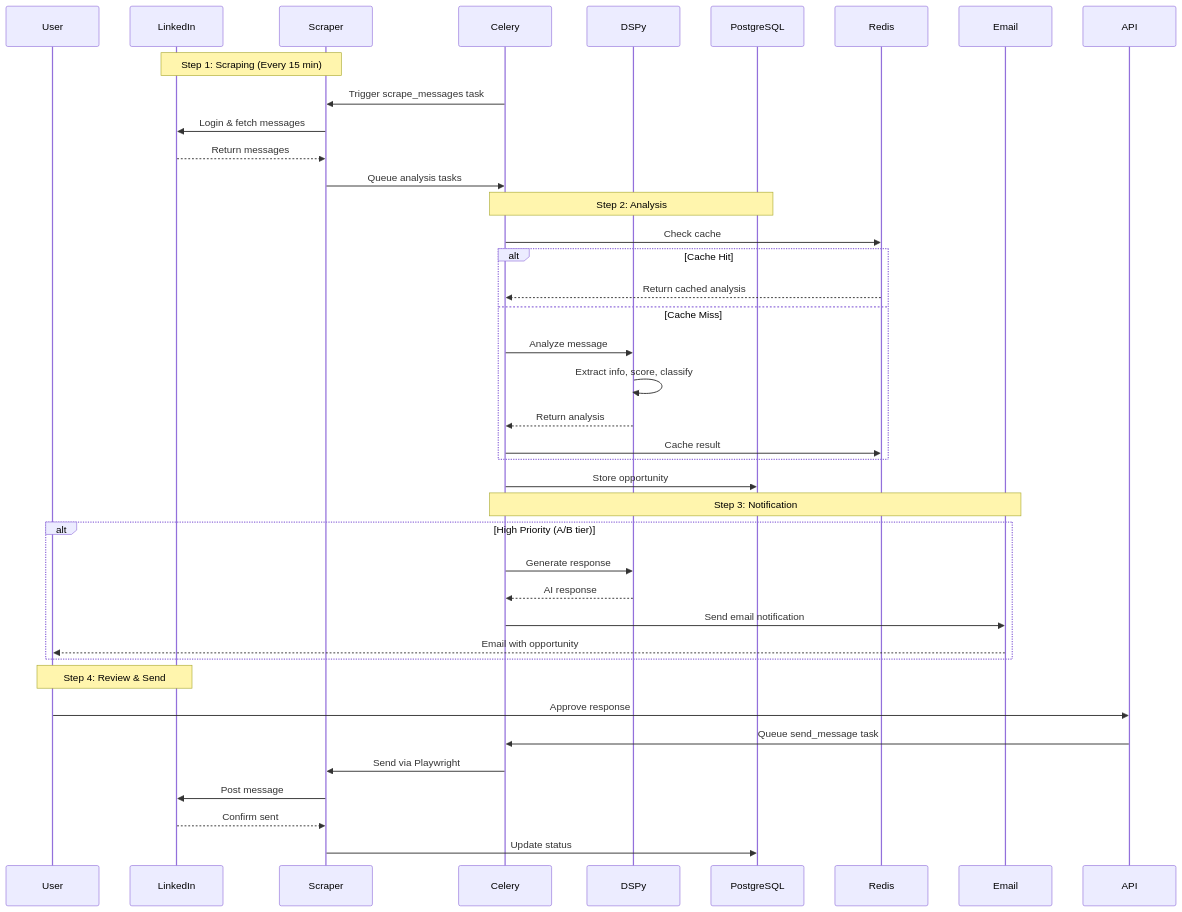
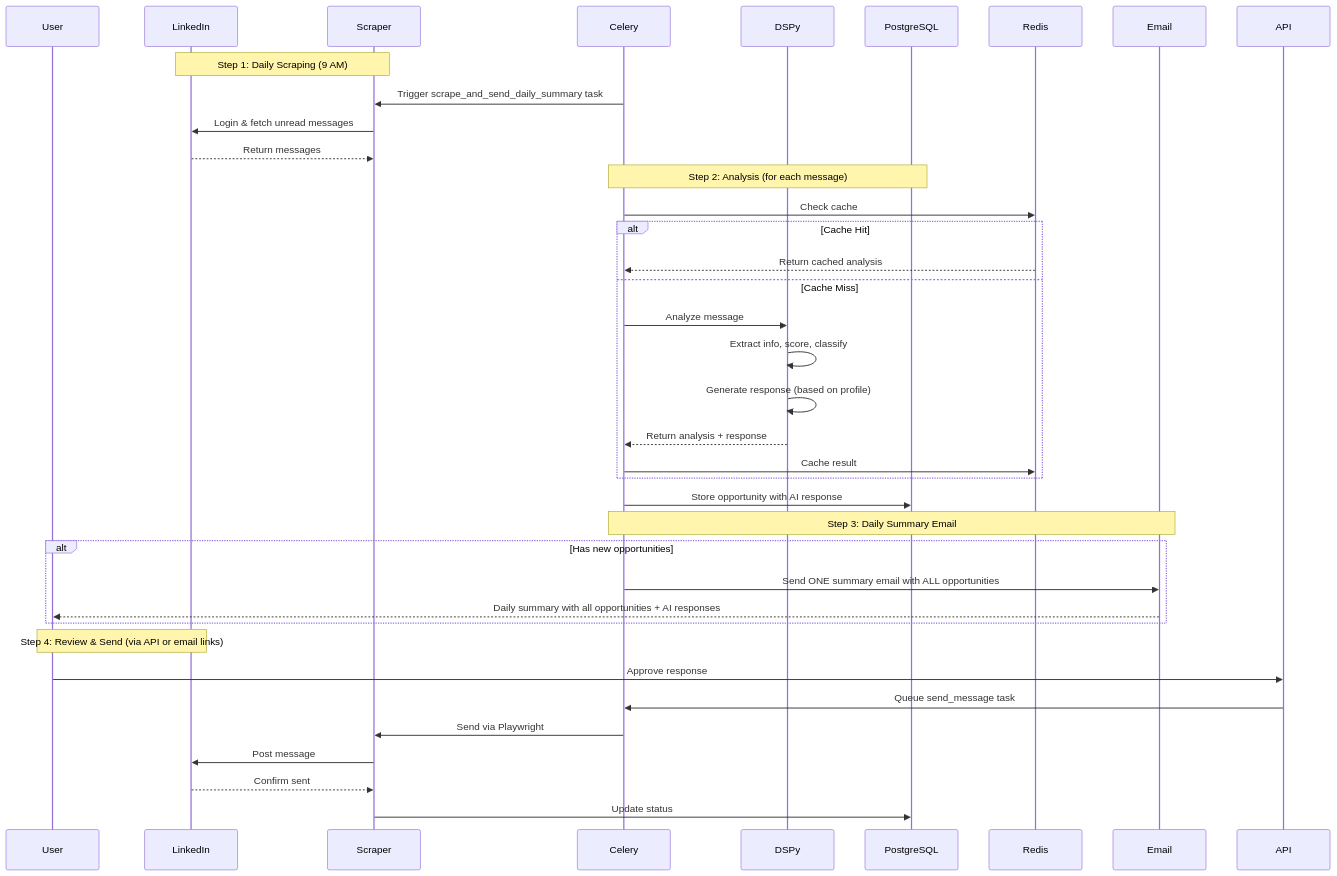
One commit to sebadp/nexton changed the second of 10 diagrams in docs/ARCHITECTURE_DIAGRAM.md. Above: the diagram before and after it, drawn with Mermaid. The commit also changed 13 other files, not shown here.

````diff
--- a/docs/ARCHITECTURE_DIAGRAM.md
+++ b/docs/ARCHITECTURE_DIAGRAM.md
@@ -93,45 +93,43 @@
 ```mermaid
 sequenceDiagram
     participant U as User
     participant L as LinkedIn
     participant S as Scraper
     participant C as Celery
     participant D as DSPy
     participant DB as PostgreSQL
     participant R as Redis
     participant E as Email
 
-    Note over L,S: Step 1: Scraping (Every 15 min)
-    C->>S: Trigger scrape_messages task
-    S->>L: Login & fetch messages
+    Note over L,S: Step 1: Daily Scraping (9 AM)
+    C->>S: Trigger scrape_and_send_daily_summary task
+    S->>L: Login & fetch unread messages
     L-->>S: Return messages
-    S->>C: Queue analysis tasks
 
-    Note over C,DB: Step 2: Analysis
+    Note over C,DB: Step 2: Analysis (for each message)
     C->>R: Check cache
     alt Cache Hit
         R-->>C: Return cached analysis
     else Cache Miss
         C->>D: Analyze message
         D->>D: Extract info, score, classify
-        D-->>C: Return analysis
+        D->>D: Generate response (based on profile)
+        D-->>C: Return analysis + response
         C->>R: Cache result
     end
-    C->>DB: Store opportunity
+    C->>DB: Store opportunity with AI response
 
-    Note over C,E: Step 3: Notification
-    alt High Priority (A/B tier)
-        C->>D: Generate response
-        D-->>C: AI response
-        C->>E: Send email notification
-        E-->>U: Email with opportunity
+    Note over C,E: Step 3: Daily Summary Email
+    alt Has new opportunities
+        C->>E: Send ONE summary email with ALL opportunities
+        E-->>U: Daily summary with all opportunities + AI responses
     end
 
-    Note over U,L: Step 4: Review & Send
+    Note over U,L: Step 4: Review & Send (via API or email links)
     U->>API: Approve response
     API->>C: Queue send_message task
     C->>S: Send via Playwright
     S->>L: Post message
     L-->>S: Confirm sent
     S->>DB: Update status
 ```
````
